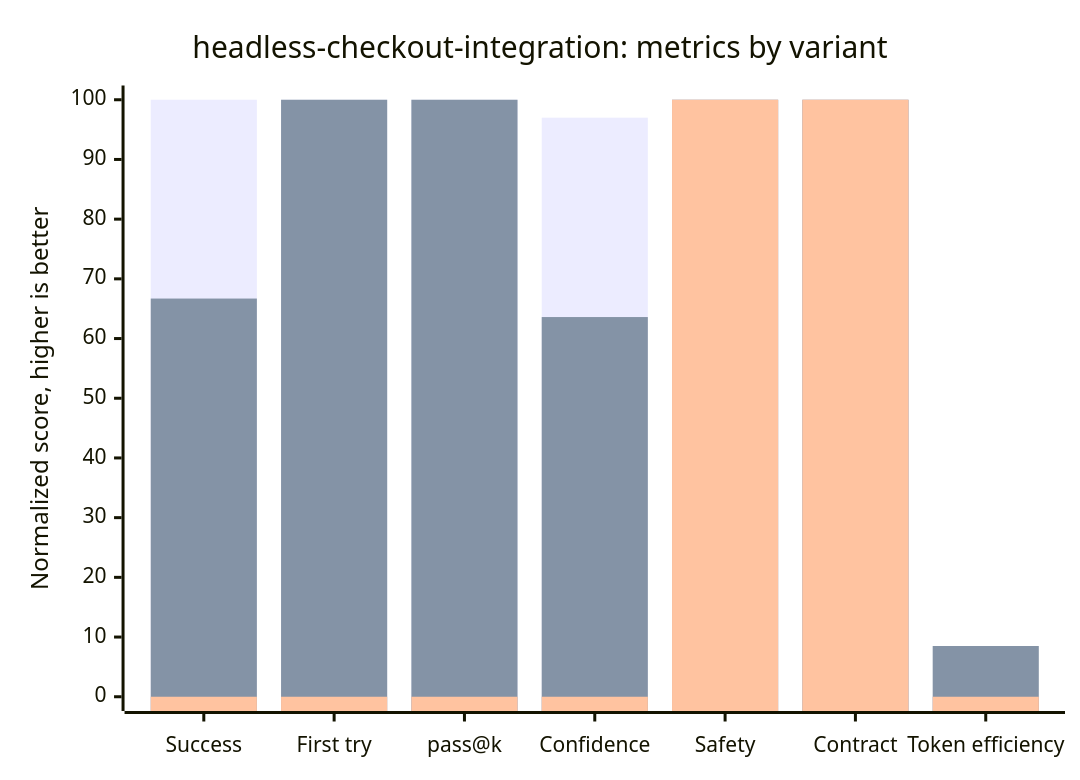
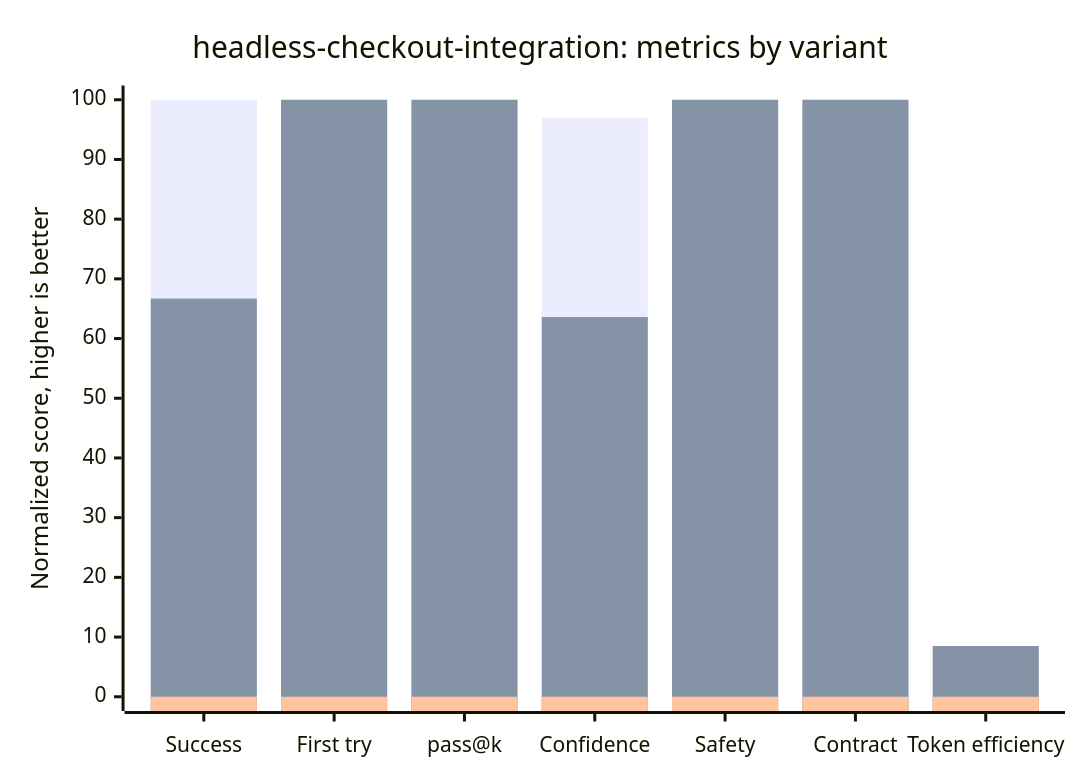
Before and after one commit to apyanzin-xsolla/ai-kit-eval-dashboard: the fourth of 7 diagrams in README.md, drawn with Mermaid. The commit also changed other lines of this file and 1 other file, not shown here.

Commit message:
docs: gate failed variants in skill charts

````diff
--- a/README.md
+++ b/README.md
@@ -146,9 +146,9 @@
 ```mermaid
 xychart-beta
     title "headless-checkout-integration: metrics by variant"
     x-axis ["Success", "First try", "pass@k", "Confidence", "Safety", "Contract", "Token efficiency"]
     y-axis "Normalized score, higher is better" 0 --> 100
     bar [100, 100, 100, 97, 100, 100, 0]
     bar [66.7, 100, 100, 63.6, 100, 100, 8.5]
-    bar [0, 0, 0, 0, 100, 100, 0]
+    bar [0, 0, 0, 0, 0, 0, 0]
 ```
````
